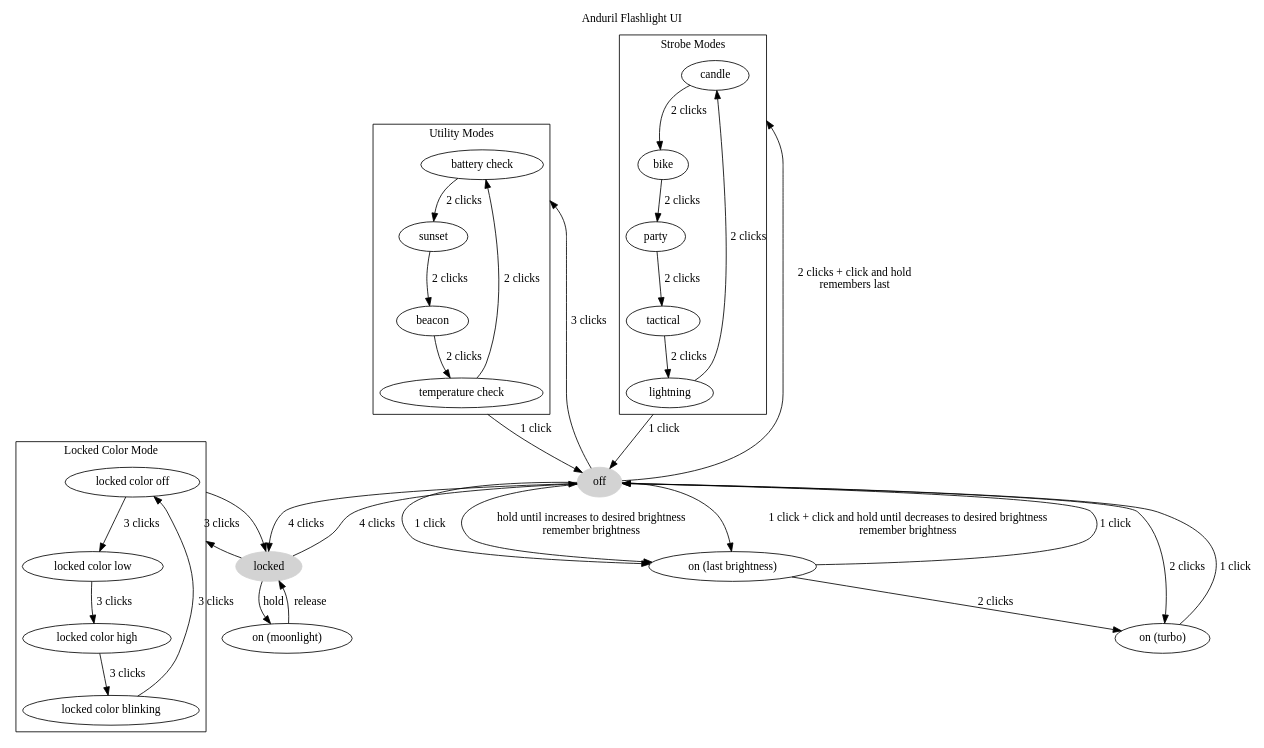
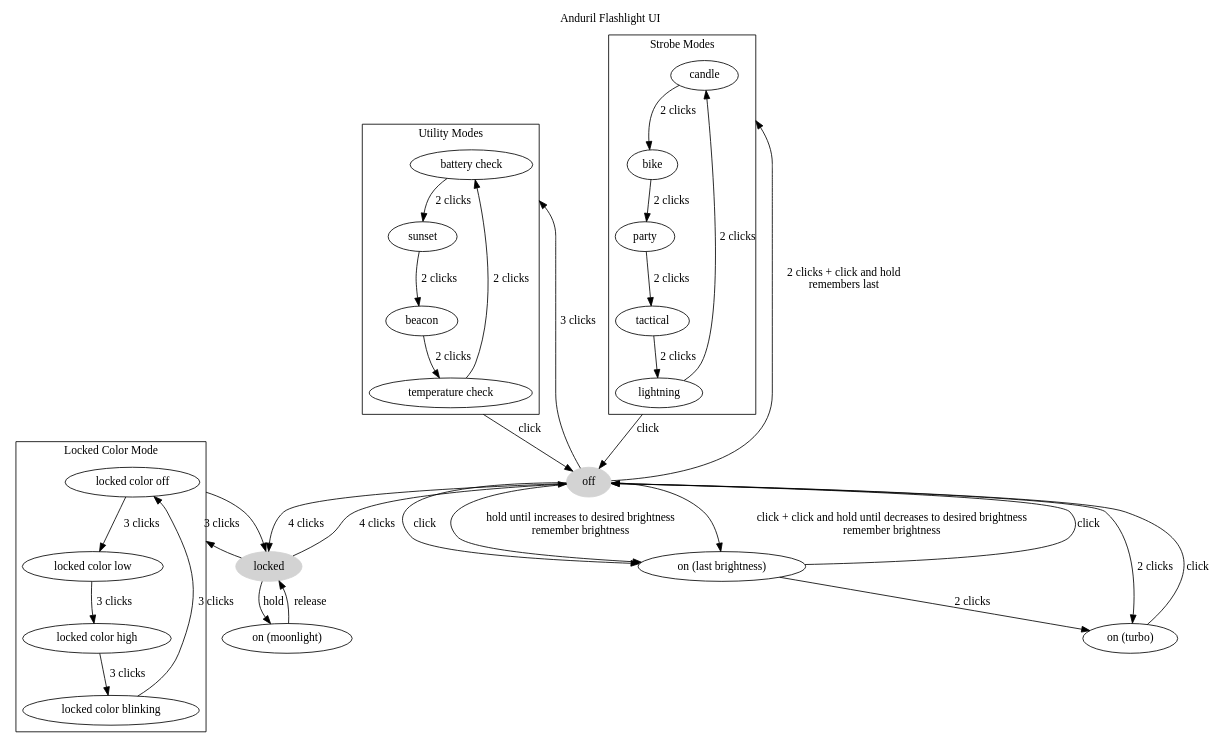
The diagram in ui.dot (mmb/anduril-ui-diagram), drawn with Graphviz before and after one commit. The commit also changed 2 other files, not shown here.

```diff
--- a/ui.dot
+++ b/ui.dot
@@ -1,52 +1,52 @@
 digraph {
   compound=true
 
   off[style="filled",color="lightgrey"]
-  off -> "on (last brightness)"[label="1 click"];
+  off -> "on (last brightness)"[label="click"];
   off -> "on (last brightness)"[label="hold until increases to desired brightness\nremember brightness"];
   off -> "on (turbo)"[label="2 clicks"];
-  off -> "on (last brightness)"[label="1 click + click and hold until decreases to desired brightness\nremember brightness"];
+  off -> "on (last brightness)"[label="click + click and hold until decreases to desired brightness\nremember brightness"];
   off -> locked[label="4 clicks"];
 
   label="Utility Modes"
   off -> "battery check"[label="3 clicks",lhead="cluster_utility"];
-  "temperature check" -> off[label="1 click",ltail="cluster_utility"]
+  "temperature check" -> off[label="click",ltail="cluster_utility"]
   subgraph cluster_utility {
     "battery check" -> "sunset"[label="2 clicks"]
     sunset -> beacon[label="2 clicks"]
     beacon -> "temperature check"[label="2 clicks"]
     "temperature check" -> "battery check"[label="2 clicks"]
   }
 
   label="Strobe Modes"
   off -> candle[label="2 clicks + click and hold\nremembers last",lhead="cluster_strobe"];
-  lightning -> off[label="1 click",ltail="cluster_strobe"];
+  lightning -> off[label="click",ltail="cluster_strobe"];
   subgraph cluster_strobe {
     candle -> bike[label="2 clicks"]
     bike -> party[label="2 clicks"]
     party -> tactical[label="2 clicks"]
     tactical -> lightning[label="2 clicks"]
     lightning -> "candle"[label="2 clicks"]
   }
 
   locked[style="filled",color="lightgrey"]
   locked -> off[label="4 clicks"];
   locked -> "on (moonlight)"[label="hold"];
   locked -> "locked color off"[label="3 clicks",lhead="cluster_locked_color_mode"];
   "locked color off" -> locked[ltail="cluster_locked_color_mode"];
   label="Locked Color Mode"
   subgraph cluster_locked_color_mode {
     "locked color off" -> "locked color low"[label="3 clicks"]
     "locked color low" -> "locked color high"[label="3 clicks"]
     "locked color high" -> "locked color blinking"[label="3 clicks"]
     "locked color blinking" -> "locked color off"[label="3 clicks"]
   }
 
   "on (moonlight)" -> "locked"[label="release"];
-  "on (last brightness)" -> off[label="1 click"];
+  "on (last brightness)" -> off[label="click"];
   "on (last brightness)" -> "on (turbo)"[label="2 clicks"];
-  "on (turbo)" -> off[label="1 click"];
+  "on (turbo)" -> off[label="click"];
 
   label="Anduril Flashlight UI"
   labelloc=t
 }
```
